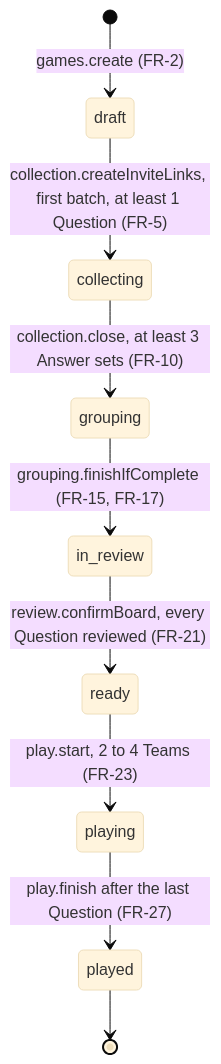
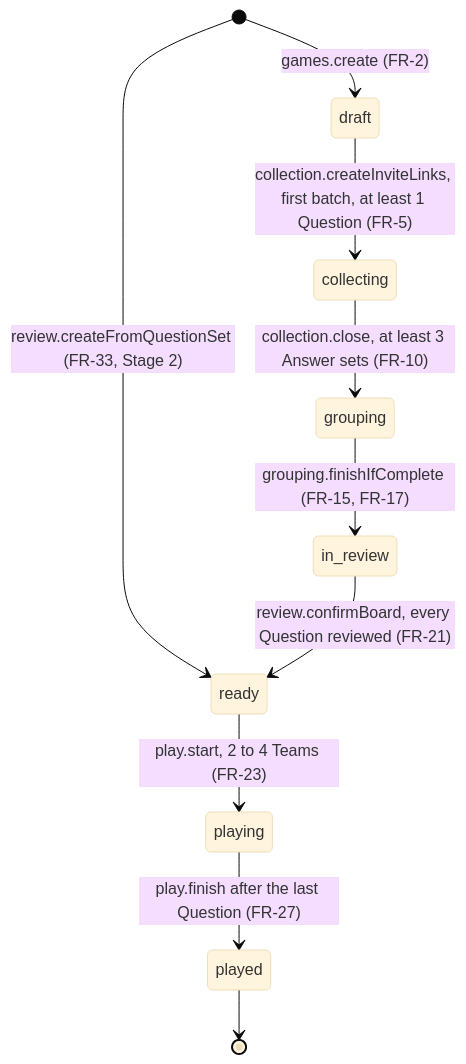
The second of 4 diagrams in .docs/planning-artifacts/architecture/architecture-Toppsvar-2026-11-21/ARCHITECTURE-SPINE.md (IBE160-2026/G101-alfnes-sarjomaa), drawn with Mermaid (base theme) before and after one commit. The commit also changed other lines of this file and 3 other files, not shown here.

````diff
--- a/.docs/planning-artifacts/architecture/architecture-Toppsvar-2026-11-21/ARCHITECTURE-SPINE.md
+++ b/.docs/planning-artifacts/architecture/architecture-Toppsvar-2026-11-21/ARCHITECTURE-SPINE.md
@@ -113,11 +114,12 @@
 ```mermaid
 stateDiagram-v2
   [*] --> draft: games.create (FR-2)
+  [*] --> ready: review.createFromQuestionSet (FR-33, Stage 2)
   draft --> collecting: collection.createInviteLinks, first batch, at least 1 Question (FR-5)
   collecting --> grouping: collection.close, at least 3 Answer sets (FR-10)
   grouping --> in_review: grouping.finishIfComplete (FR-15, FR-17)
   in_review --> ready: review.confirmBoard, every Question reviewed (FR-21)
   ready --> playing: play.start, 2 to 4 Teams (FR-23)
   playing --> played: play.finish after the last Question (FR-27)
   played --> [*]
 ```
````
